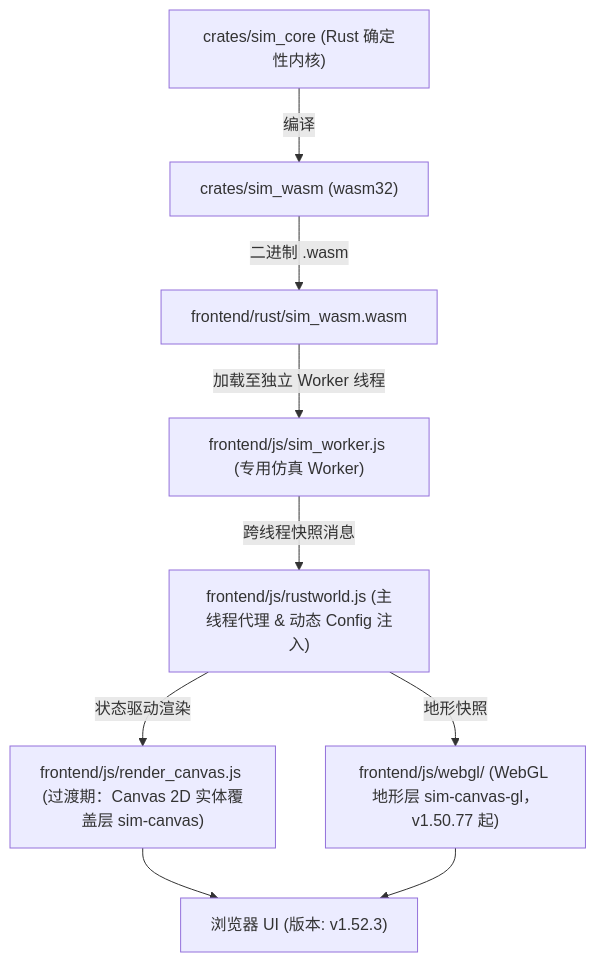
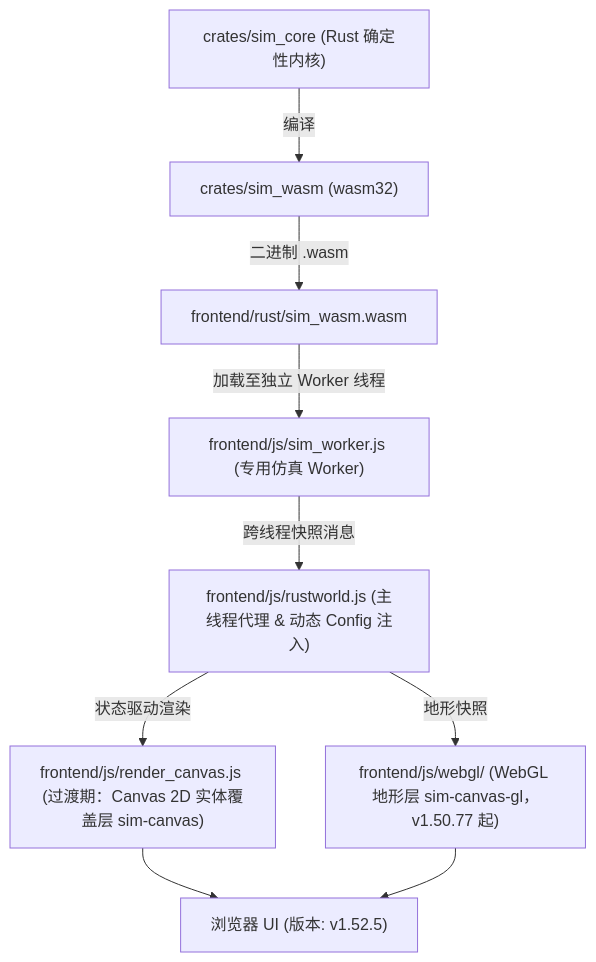
The diagram in AGENTS.md (g39088902/FlowAndAccord), drawn with Mermaid before and after one commit. The commit also changed other lines of this file and 29 other files, not shown here.

````diff
--- a/AGENTS.md
+++ b/AGENTS.md
@@ -62,12 +62,12 @@
 ```mermaid
 graph TD
     A["crates/sim_core (Rust 确定性内核)"] -->|编译| B["crates/sim_wasm (wasm32)"]
     B -->|二进制 .wasm| C["frontend/rust/sim_wasm.wasm"]
     C -->|加载至独立 Worker 线程| D["frontend/js/sim_worker.js (专用仿真 Worker)"]
     D -->|跨线程快照消息| E["frontend/js/rustworld.js (主线程代理 & 动态 Config 注入)"]
     E -->|状态驱动渲染| F["frontend/js/render_canvas.js (过渡期：Canvas 2D 实体覆盖层 sim-canvas)"]
     E -->|地形快照| F2["frontend/js/webgl/ (WebGL 地形层 sim-canvas-gl，v1.50.77 起)"]
-    F --> G["浏览器 UI (版本: v1.52.3)"]
+    F --> G["浏览器 UI (版本: v1.52.5)"]
     F2 --> G
 
 ```
````
